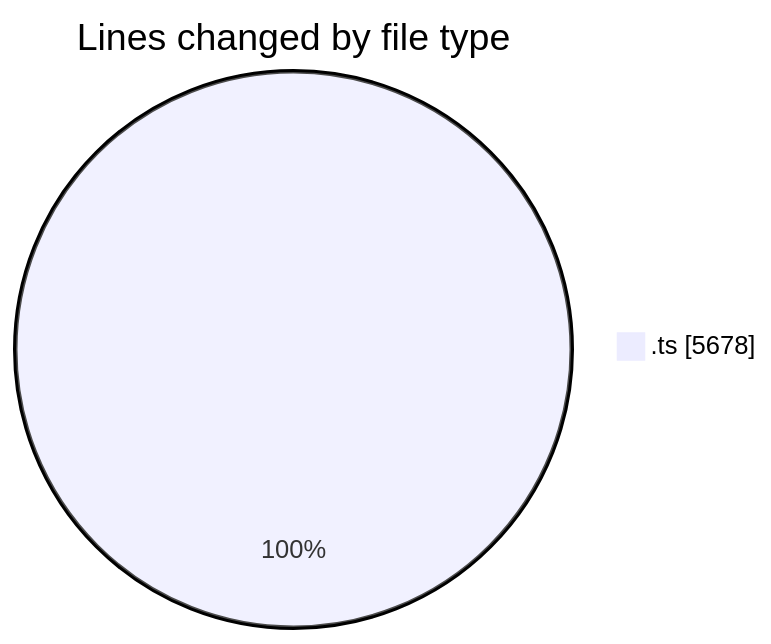
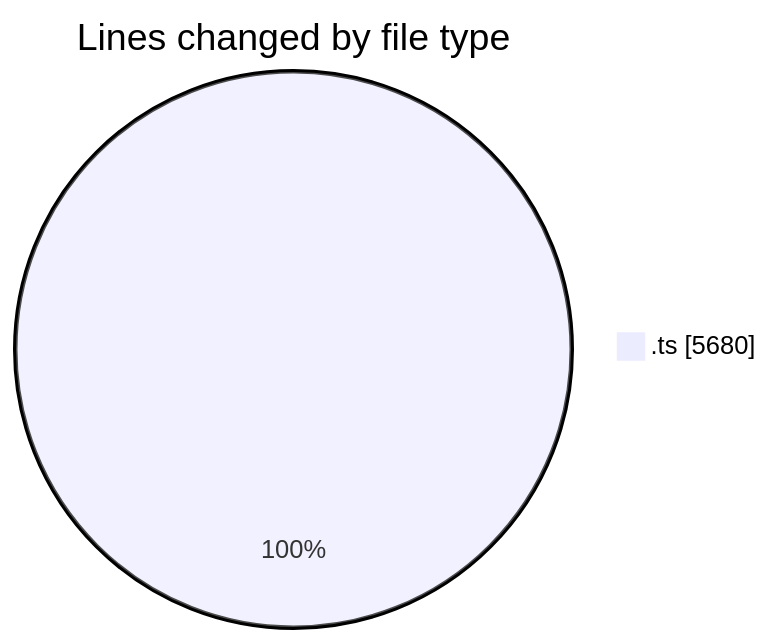
Before and after one commit to momahboobian/code-tracking: the first of 2 diagrams in 2025-10-30/cda/README.md, drawn with Mermaid. The commit also changed other lines of this file and 1 other file, not shown here.

````diff
--- a/2025-10-30/cda/README.md
+++ b/2025-10-30/cda/README.md
@@ -23,5 +23,5 @@
 ```mermaid
 pie showData
 title Lines changed by file type
-".ts" : 5678
+".ts" : 5680
 ```
````
